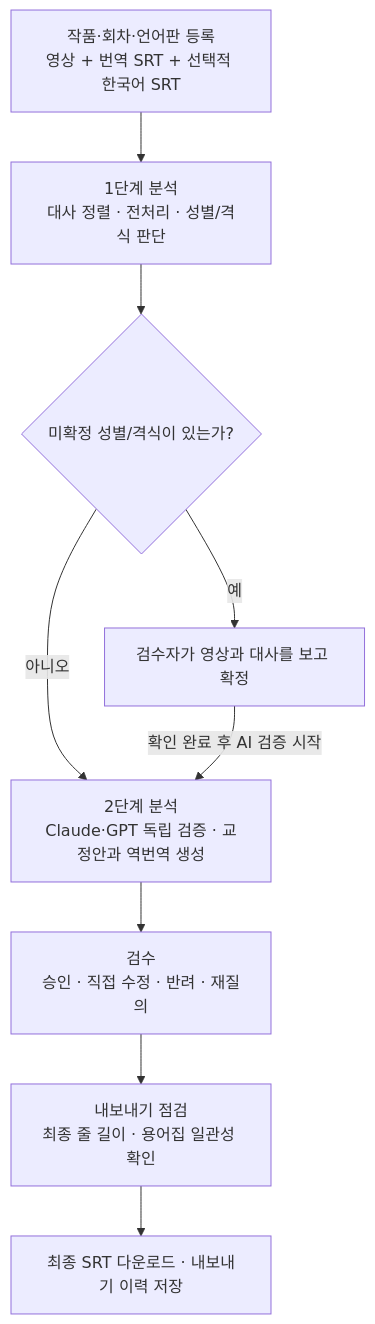
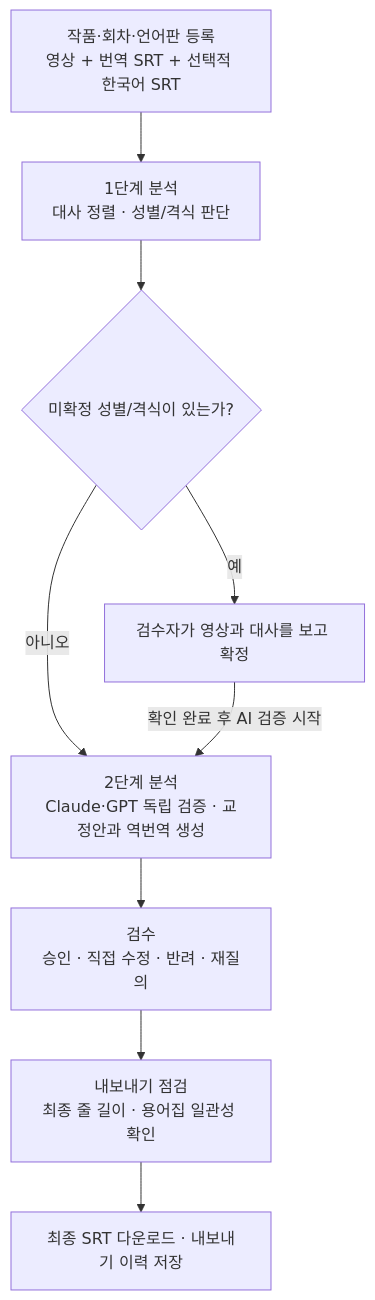
One commit to soyeong-new/sub-translation-qc changed the first of 3 diagrams in README.md. Above: the diagram before and after it, drawn with Mermaid. The commit also changed other lines of this file, not shown here.

````diff
--- a/README.md
+++ b/README.md
@@ -24,16 +24,16 @@
 ```mermaid
 flowchart TD
     A["작품·회차·언어판 등록<br/>영상 + 번역 SRT + 선택적 한국어 SRT"]
-    B["1단계 분석<br/>대사 정렬 · 전처리 · 성별/격식 판단"]
+    B["1단계 분석<br/>대사 정렬 · 성별/격식 판단"]
     C{"미확정 성별/격식이 있는가?"}
     D["검수자가 영상과 대사를 보고 확정"]
     E["2단계 분석<br/>Claude·GPT 독립 검증 · 교정안과 역번역 생성"]
     F["검수<br/>승인 · 직접 수정 · 반려 · 재질의"]
     G["내보내기 점검<br/>최종 줄 길이 · 용어집 일관성 확인"]
     H["최종 SRT 다운로드 · 내보내기 이력 저장"]
     A --> B --> C
     C -->|예| D
     C -->|아니오| E
     D -->|확인 완료 후 AI 검증 시작| E
     E --> F --> G --> H
 ```
````
